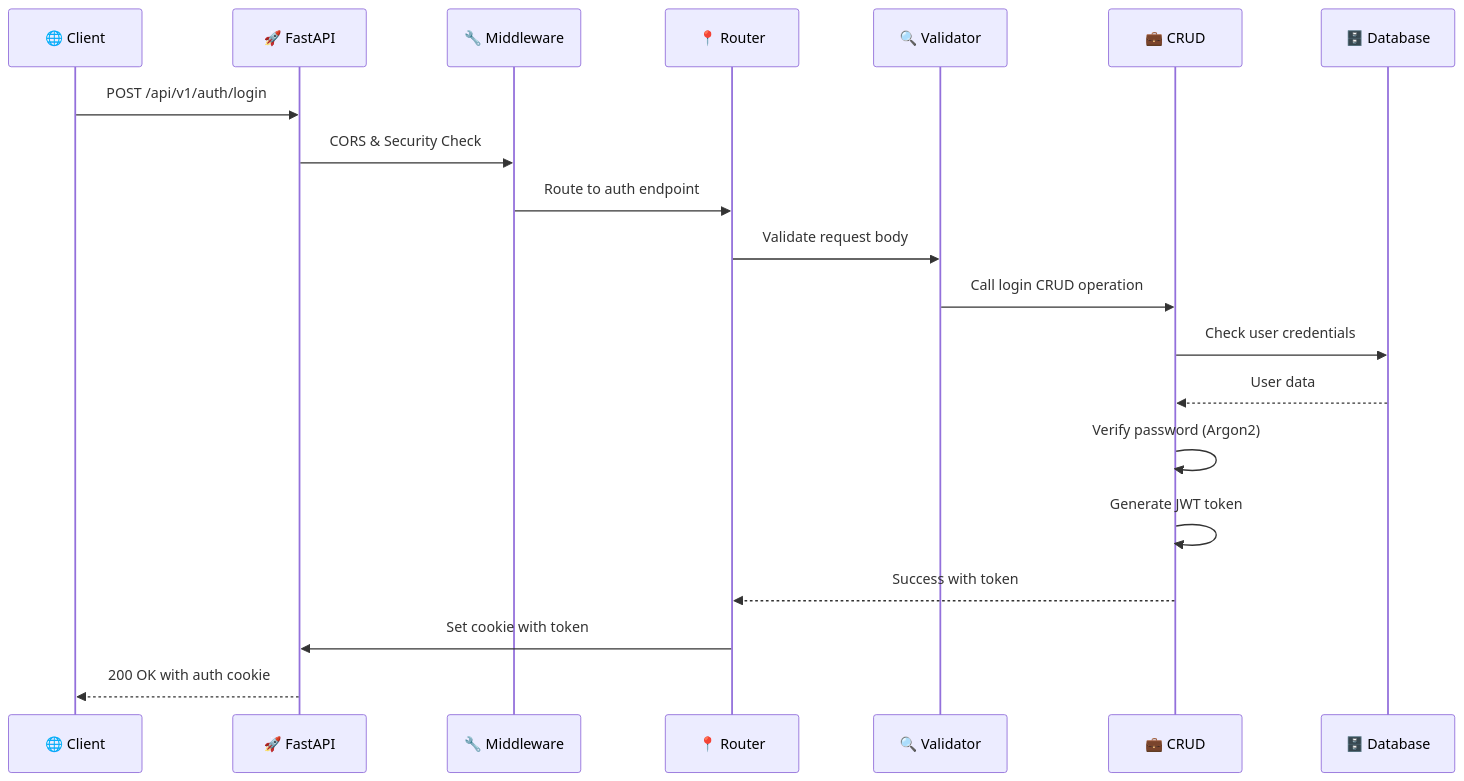
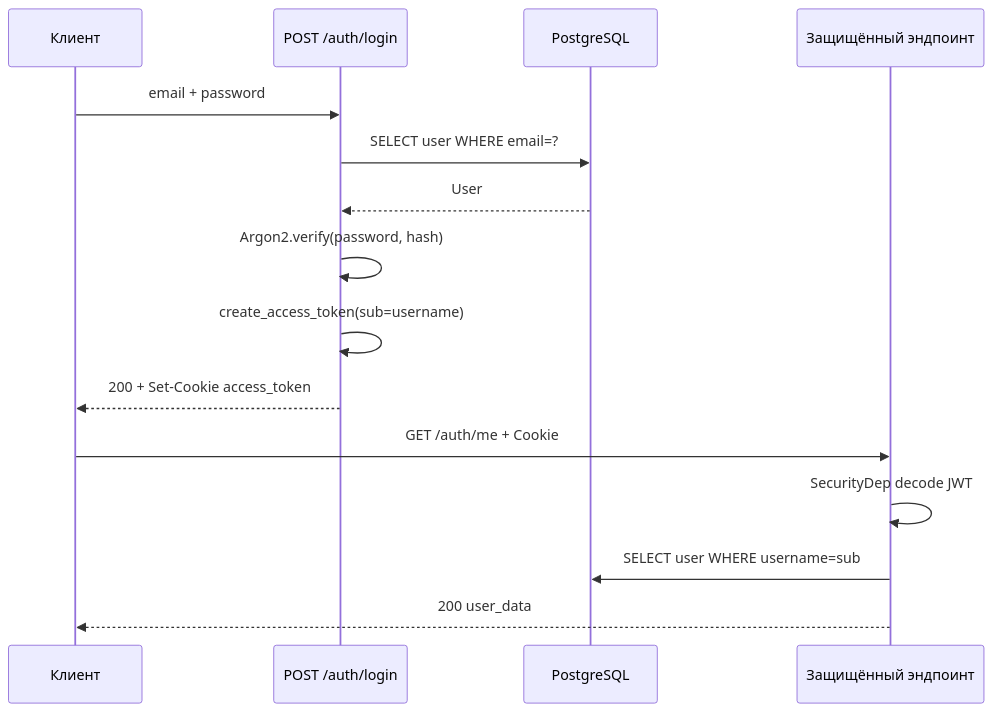
One commit to TasKanLine/taskanline-server changed the fifth of 5 diagrams in docs/architecture.md. Above: the diagram before and after it, drawn with Mermaid. The commit also changed other lines of this file and 5 other files, not shown here.

````diff
--- a/docs/architecture.md
+++ b/docs/architecture.md
@@ -238,23 +218,19 @@
 ```mermaid
 sequenceDiagram
-    participant C as 🌐 Client
-    participant A as 🚀 FastAPI
-    participant M as 🔧 Middleware
-    participant R as 📍 Router
-    participant V as 🔍 Validator
-    participant B as 💼 CRUD
-    participant D as 🗄️ Database
-    
-    C->>A: POST /api/v1/auth/login
-    A->>M: CORS & Security Check
-    M->>R: Route to auth endpoint
-    R->>V: Validate request body
-    V->>B: Call login CRUD operation
-    B->>D: Check user credentials
-    D-->>B: User data
-    B->>B: Verify password (Argon2)
-    B->>B: Generate JWT token
-    B-->>R: Success with token
-    R->>A: Set cookie with token
-    A-->>C: 200 OK with auth cookie
+    participant C as Клиент
+    participant A as POST /auth/login
+    participant DB as PostgreSQL
+    participant P as Защищённый эндпоинт
+
+    C->>A: email + password
+    A->>DB: SELECT user WHERE email=?
+    DB-->>A: User
+    A->>A: Argon2.verify(password, hash)
+    A->>A: create_access_token(sub=username)
+    A-->>C: 200 + Set-Cookie access_token
+
+    C->>P: GET /auth/me + Cookie
+    P->>P: SecurityDep decode JWT
+    P->>DB: SELECT user WHERE username=sub
+    P-->>C: 200 user_data
 ```
````
